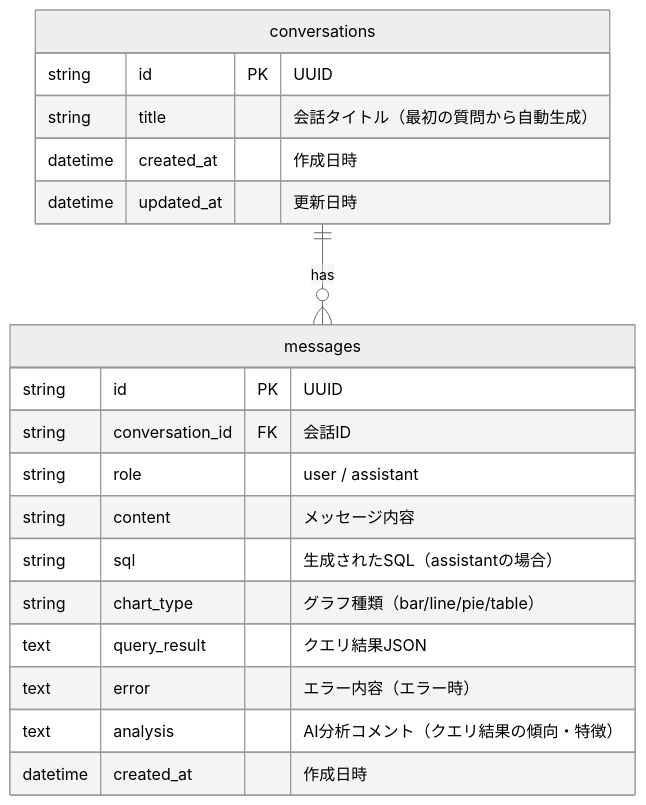
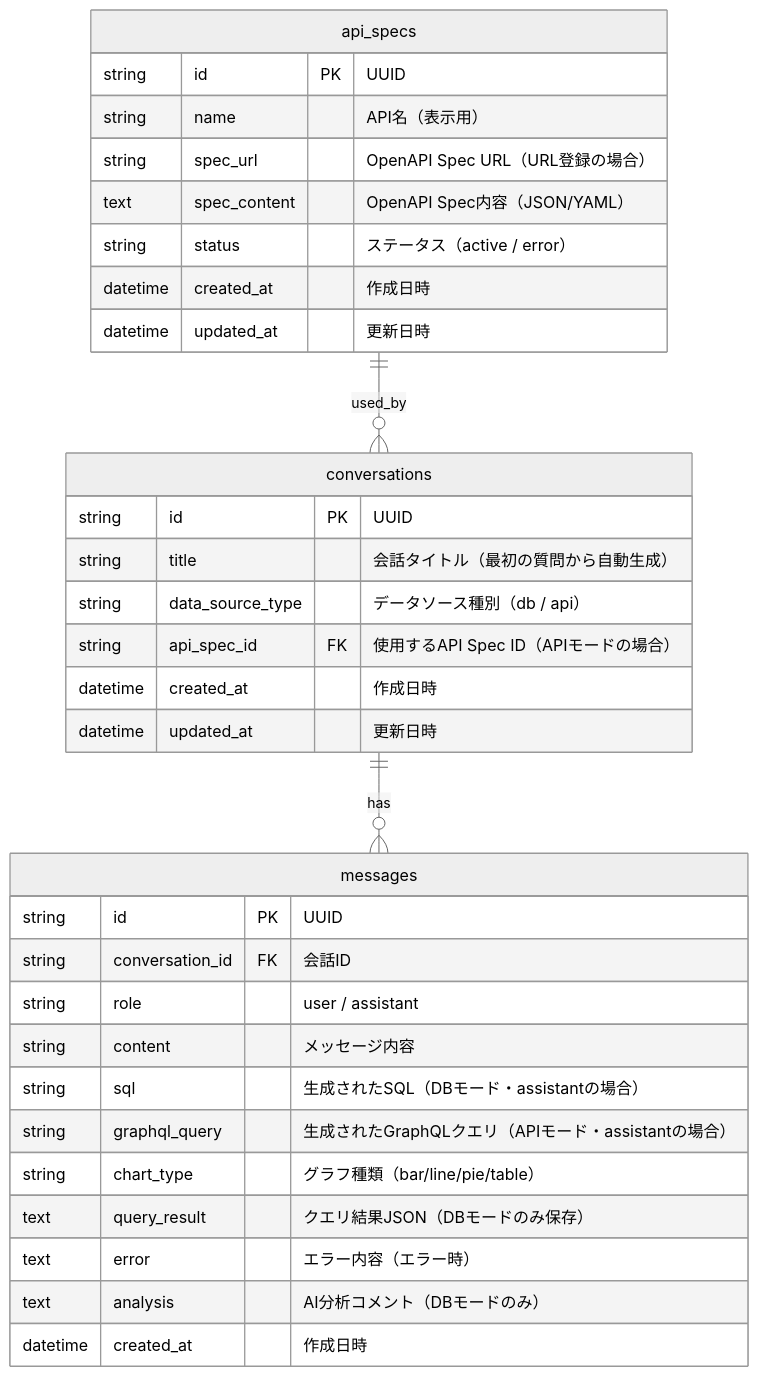
The diagram in ai_generated/requirements/db.md (okegawaatclink/gaido-dataagent), drawn with Mermaid (neutral theme) before and after one commit. The commit also changed other lines of this file and 7 other files, not shown here.

First line of the commit message:
docs(requirements): add API mode requirements for OpenAPI→GraphQL integration

````diff
--- a/ai_generated/requirements/db.md
+++ b/ai_generated/requirements/db.md
@@ -7,24 +7,38 @@
 ```mermaid
 erDiagram
     conversations {
         string id PK "UUID"
         string title "会話タイトル（最初の質問から自動生成）"
+        string data_source_type "データソース種別（db / api）"
+        string api_spec_id FK "使用するAPI Spec ID（APIモードの場合）"
         datetime created_at "作成日時"
         datetime updated_at "更新日時"
     }
 
     messages {
         string id PK "UUID"
         string conversation_id FK "会話ID"
         string role "user / assistant"
         string content "メッセージ内容"
-        string sql "生成されたSQL（assistantの場合）"
+        string sql "生成されたSQL（DBモード・assistantの場合）"
+        string graphql_query "生成されたGraphQLクエリ（APIモード・assistantの場合）"
         string chart_type "グラフ種類（bar/line/pie/table）"
-        text query_result "クエリ結果JSON"
+        text query_result "クエリ結果JSON（DBモードのみ保存）"
         text error "エラー内容（エラー時）"
-        text analysis "AI分析コメント（クエリ結果の傾向・特徴）"
+        text analysis "AI分析コメント（DBモードのみ）"
         datetime created_at "作成日時"
     }
 
+    api_specs {
+        string id PK "UUID"
+        string name "API名（表示用）"
+        string spec_url "OpenAPI Spec URL（URL登録の場合）"
+        text spec_content "OpenAPI Spec内容（JSON/YAML）"
+        string status "ステータス（active / error）"
+        datetime created_at "作成日時"
+        datetime updated_at "更新日時"
+    }
+
     conversations ||--o{ messages : "has"
+    api_specs ||--o{ conversations : "used_by"
 ```
````
